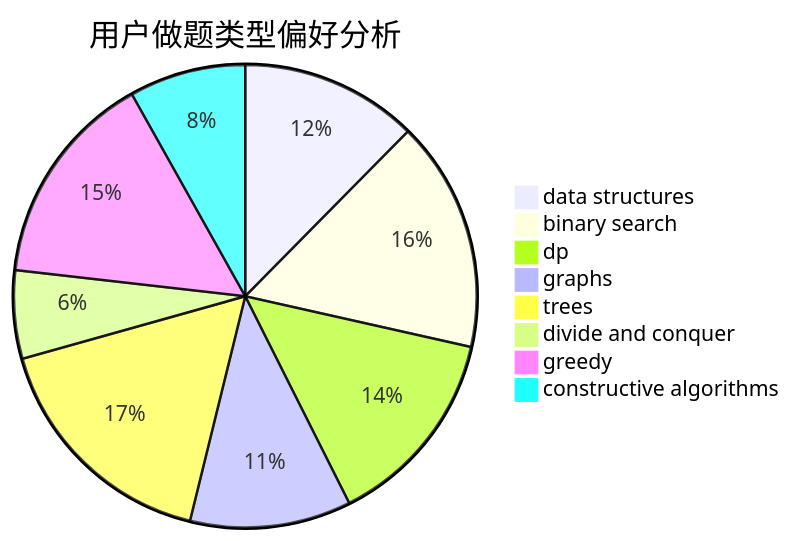
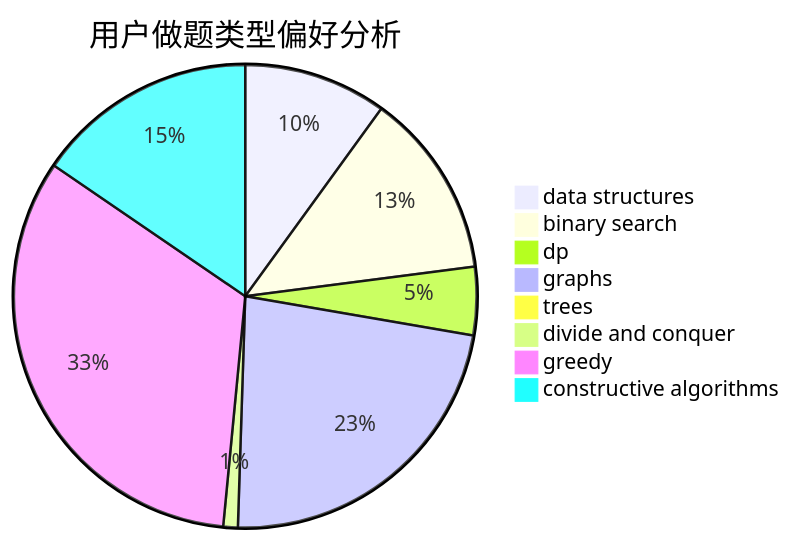
One commit to sherpahu/cfrs.github.io changed the second of 3 diagrams in docs/user/u43.md. Above: the diagram before and after it, drawn with Mermaid. The commit also changed other lines of this file and 2770 other files, not shown here.

````diff
--- a/docs/user/u43.md
+++ b/docs/user/u43.md
@@ -23,11 +23,11 @@
 ```mermaid
 pie title 用户做题类型偏好分析
-    "data structures" :  163
-    "binary search" :  212
-    "dp" :  185
-    "graphs" :  148
-    "trees" :  221
-    "divide and conquer" :  81
-    "greedy" :  198
-    "constructive algorithms" :  107
+    "data structures" :  128
+    "binary search" :  166
+    "dp" :  61
+    "graphs" :  292
+    "trees" :  9
+    "divide and conquer" :  13
+    "greedy" :  423
+    "constructive algorithms" :  198
 ```
````
